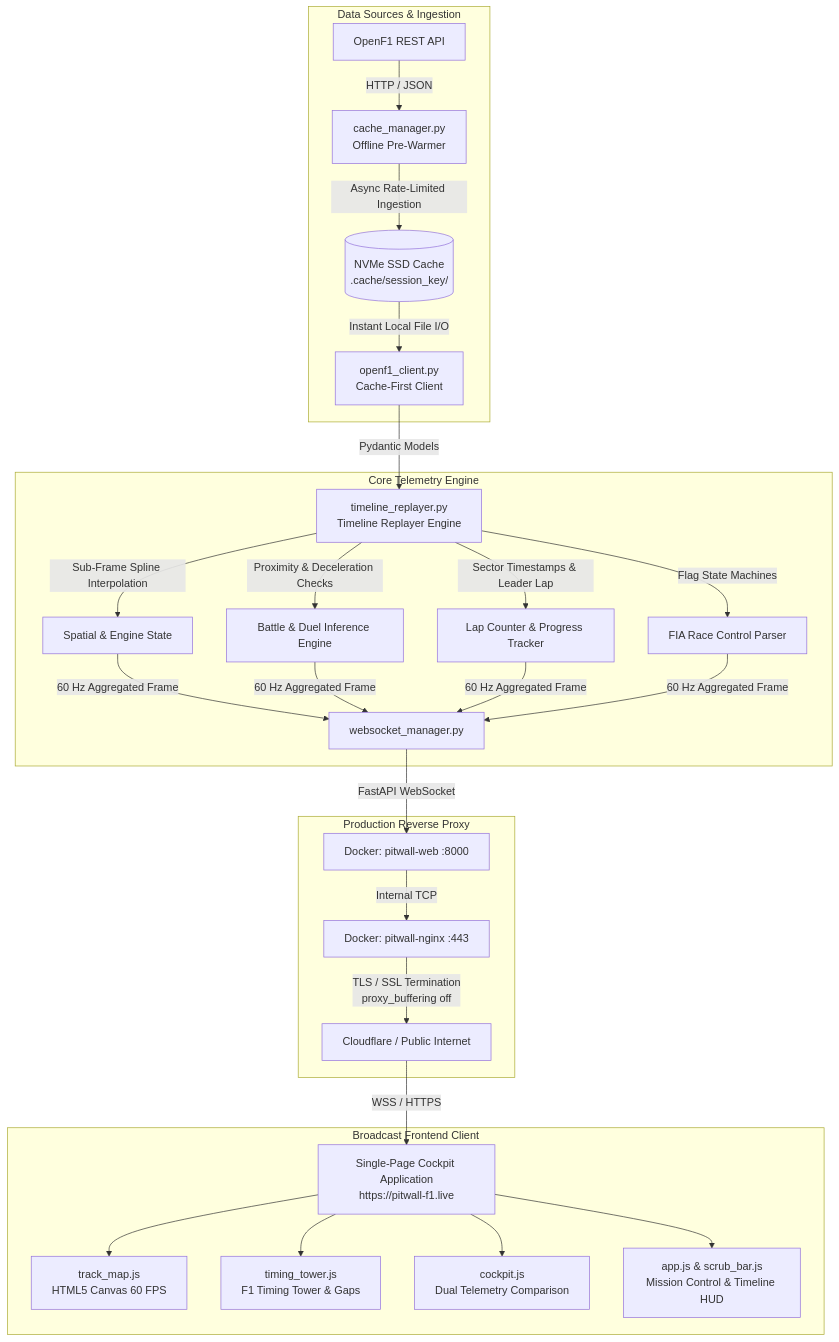
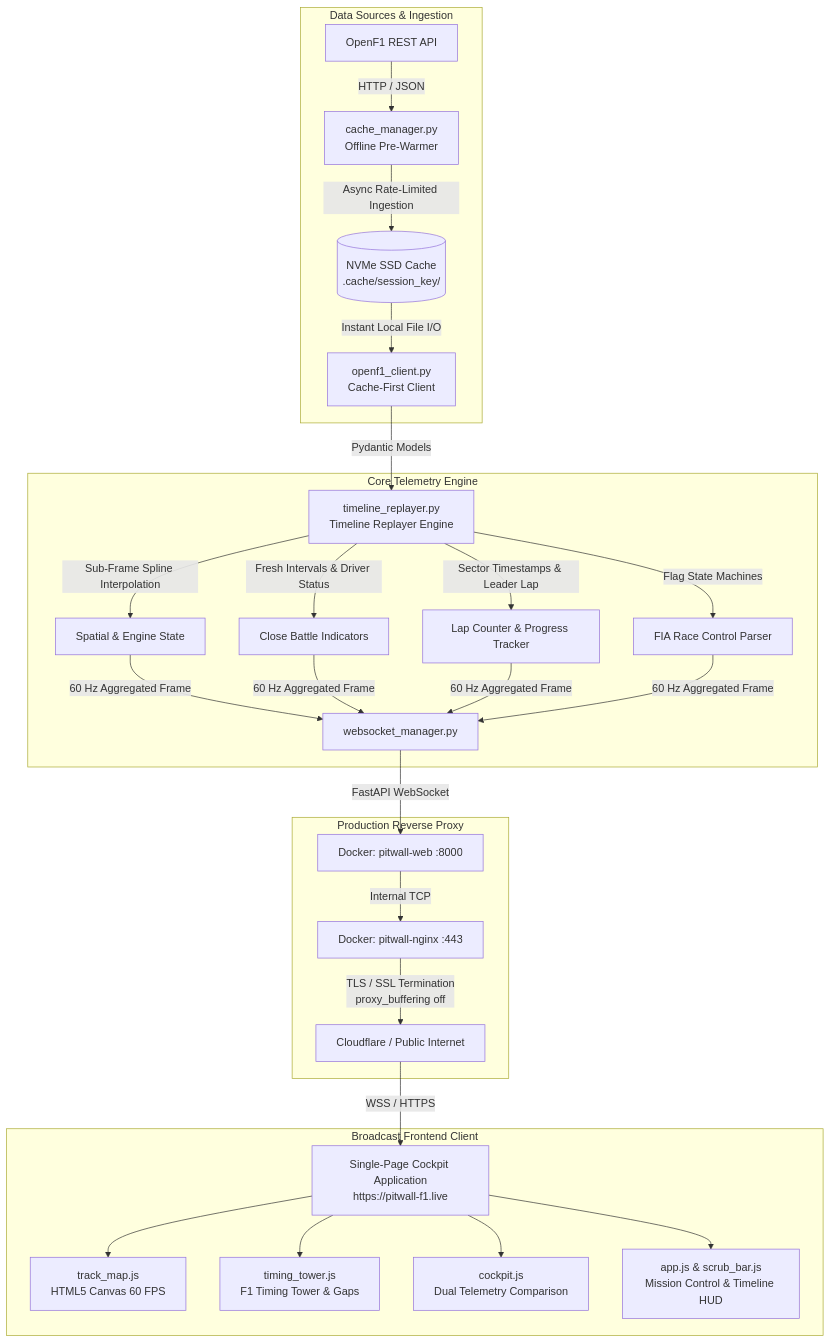
One commit to tejasdu/pitwall-telemetry-engine changed the first of 2 diagrams in README.md. Above: the diagram before and after it, drawn with Mermaid. The commit also changed other lines of this file and 7 other files, not shown here.

Commit message:
Clarify battle indicators and make replay tests deterministic

````diff
--- a/README.md
+++ b/README.md
@@ -79,31 +79,31 @@
 ```mermaid
 flowchart TD
     subgraph Data Sources & Ingestion
         A[OpenF1 REST API] -->|HTTP / JSON| B[cache_manager.py<br/>Offline Pre-Warmer]
         B -->|Async Rate-Limited Ingestion| C[(NVMe SSD Cache<br/>.cache/session_key/)]
         C -->|Instant Local File I/O| D[openf1_client.py<br/>Cache-First Client]
     end
 
     subgraph Core Telemetry Engine
         D -->|Pydantic Models| E[timeline_replayer.py<br/>Timeline Replayer Engine]
         E -->|Sub-Frame Spline Interpolation| F[Spatial & Engine State]
-        E -->|Proximity & Deceleration Checks| G[Battle & Duel Inference Engine]
+        E -->|Fresh Intervals & Driver Status| G[Close Battle Indicators]
         E -->|Sector Timestamps & Leader Lap| H[Lap Counter & Progress Tracker]
         E -->|Flag State Machines| I[FIA Race Control Parser]
         F & G & H & I -->|60 Hz Aggregated Frame| J[websocket_manager.py]
     end
 
     subgraph Production Reverse Proxy
         J -->|FastAPI WebSocket| K[Docker: pitwall-web :8000]
         K -->|Internal TCP| L[Docker: pitwall-nginx :443]
         L -->|TLS / SSL Termination<br/>proxy_buffering off| M[Cloudflare / Public Internet]
     end
 
     subgraph Broadcast Frontend Client
         M -->|WSS / HTTPS| N[Single-Page Cockpit Application<br/>https://pitwall-f1.live]
         N --> O[track_map.js<br/>HTML5 Canvas 60 FPS]
         N --> P[timing_tower.js<br/>F1 Timing Tower & Gaps]
         N --> Q[cockpit.js<br/>Dual Telemetry Comparison]
         N --> R[app.js & scrub_bar.js<br/>Mission Control & Timeline HUD]
     end
 ```
````
